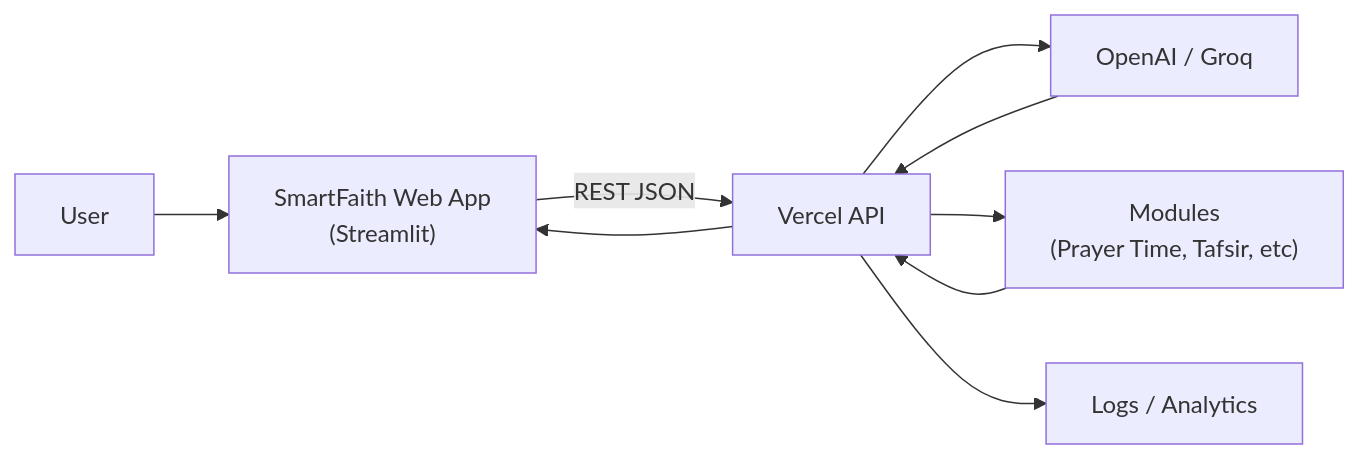
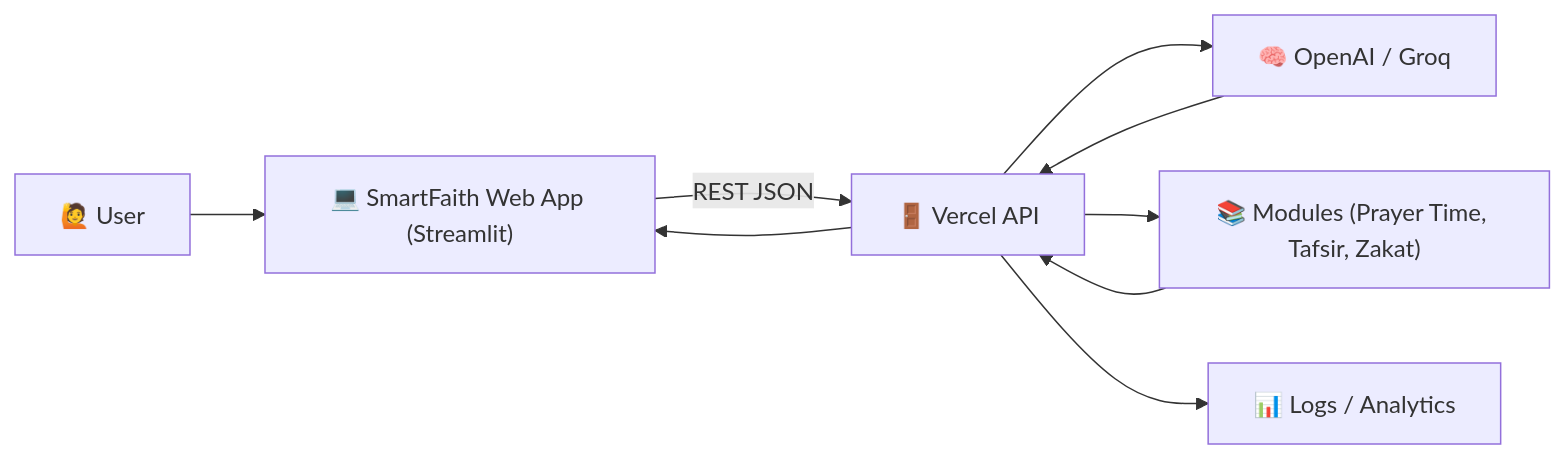
Before and after one commit to mrbrightsides/IslamiChat: the third of 5 diagrams in docs/ARCHITECTURE.md, drawn with Mermaid. The commit also changed other lines of this file, not shown here.

Commit message:
Enhance architecture documentation with diagrams

````diff
--- a/docs/ARCHITECTURE.md
+++ b/docs/ARCHITECTURE.md
@@ -52,18 +83,26 @@
 ```mermaid
+%% 🌐 Web App Flow (Clickable)
 flowchart LR
-  U[User]
-  UI["SmartFaith Web App\n(Streamlit)"]
-  API["Vercel API"]
-  LLM["OpenAI / Groq"]
-  SVC["Modules\n(Prayer Time, Tafsir, etc)"]
-  LOG["Logs / Analytics"]
+  U["🙋 User"]
+  UI["💻 SmartFaith Web App (Streamlit)"]
+  API["🚪 Vercel API"]
+  LLM["🧠 OpenAI / Groq"]
+  SVC["📚 Modules (Prayer Time, Tafsir, Zakat)"]
+  LOG["📊 Logs / Analytics"]
 
+  %% Flow
   U --> UI
   UI -->|REST JSON| API
   API --> LLM
   API --> SVC
   API --> LOG
   LLM --> API
   SVC --> API
   API --> UI
+
+%% Clickable Links
+click UI "https://smartfaith.streamlit.app/" "Open SmartFaith Web App" _blank
+click API "https://github.com/mrbrightsides/IslamiChat" "Open Web App Repo" _blank
+click LLM "https://platform.openai.com/" "Go to OpenAI" _blank
+click LOG "https://vercel.com/dashboard" "View Logs on Vercel" _blank
 ```
````
